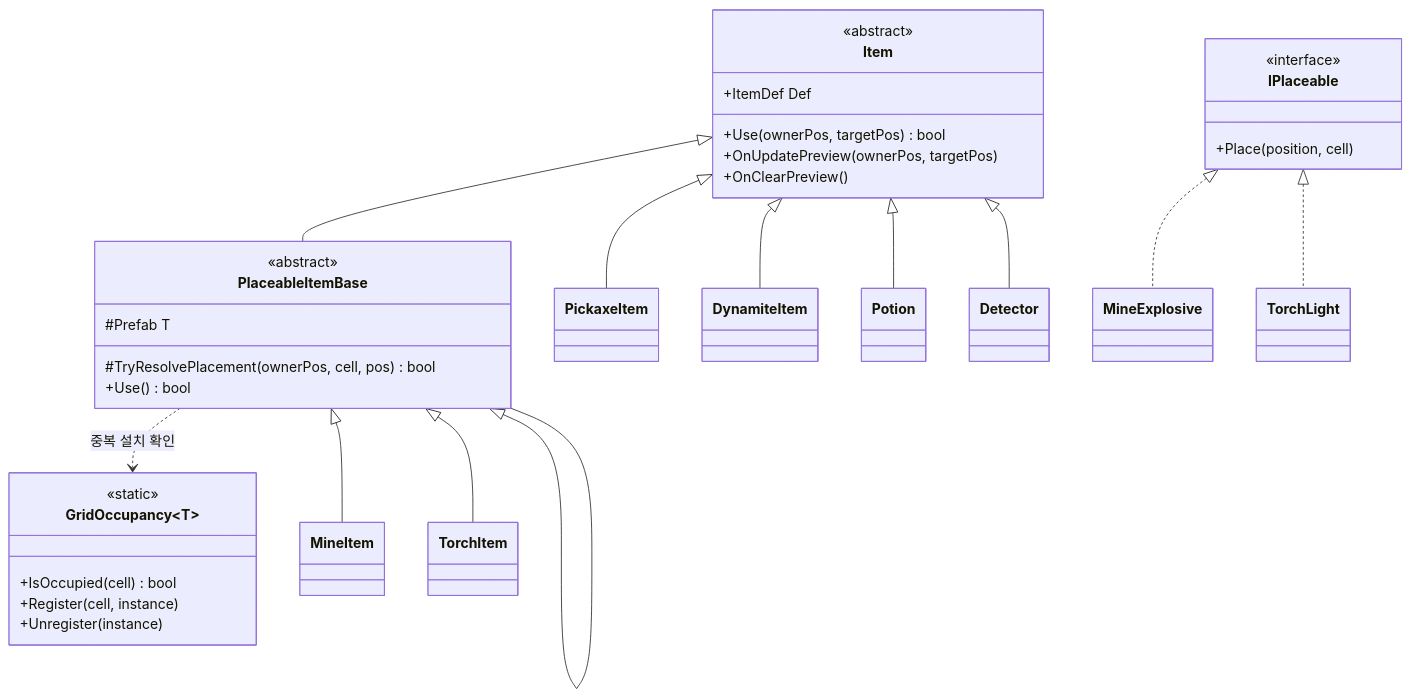
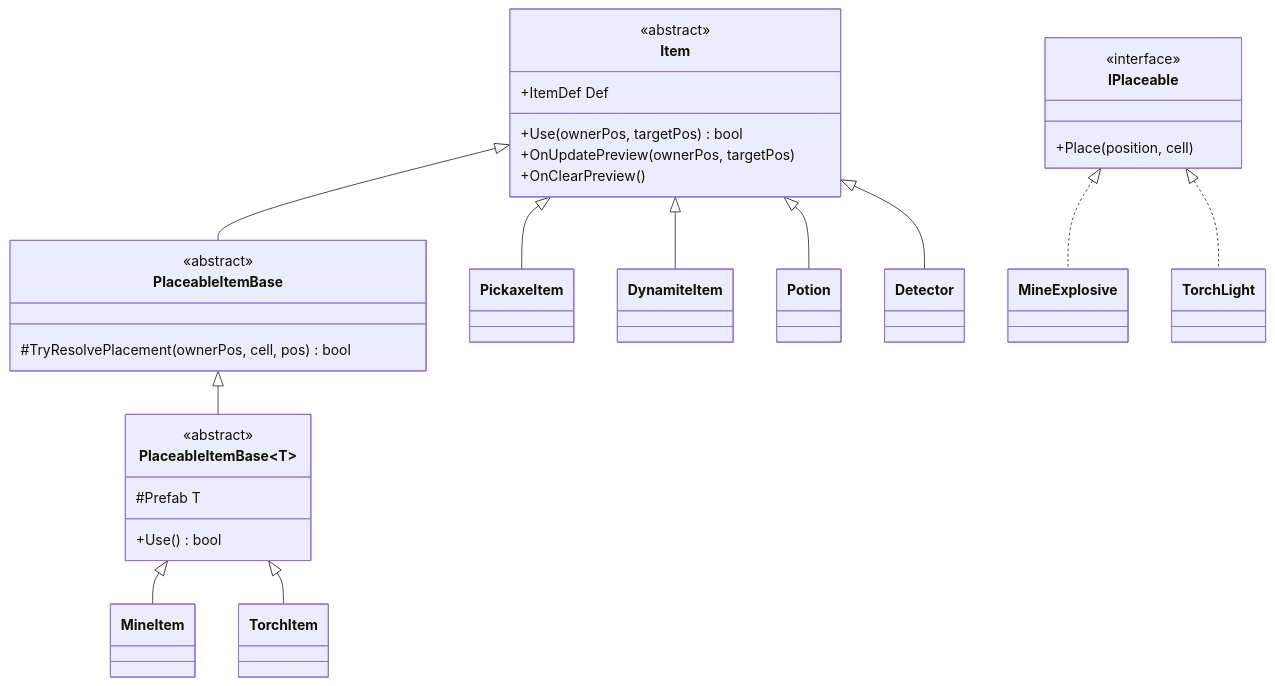
One commit to parksooha102-ai/portfolio changed the third of 4 diagrams in src/2-FolkSack/기술문서_초안_아이템시스템.md. Above: the diagram before and after it, drawn with Mermaid. The commit also changed other lines of this file and 1 other file, not shown here.

````diff
--- a/src/2-FolkSack/기술문서_초안_아이템시스템.md
+++ b/src/2-FolkSack/기술문서_초안_아이템시스템.md
@@ -115,40 +115,33 @@
 ```mermaid
 classDiagram
     class Item {
         <<abstract>>
         +ItemDef Def
         +Use(ownerPos, targetPos) bool
         +OnUpdatePreview(ownerPos, targetPos)
         +OnClearPreview()
     }
     class PlaceableItemBase {
         <<abstract>>
         #TryResolvePlacement(ownerPos, cell, pos) bool
     }
-    class PlaceableItemBase~T~ {
+    class PlaceableItemBaseT["PlaceableItemBase&lt;T&gt;"] {
         <<abstract>>
         #Prefab T
         +Use() bool
     }
     class IPlaceable {
         <<interface>>
         +Place(position, cell)
     }
-    class GridOccupancy~T~ {
-        <<static>>
-        +IsOccupied(cell) bool
-        +Register(cell, instance)
-        +Unregister(instance)
-    }
     Item <|-- PickaxeItem
     Item <|-- DynamiteItem
     Item <|-- Potion
     Item <|-- Detector
     Item <|-- PlaceableItemBase
-    PlaceableItemBase <|-- PlaceableItemBase~T~
-    PlaceableItemBase~T~ <|-- MineItem
-    PlaceableItemBase~T~ <|-- TorchItem
+    PlaceableItemBase <|-- PlaceableItemBaseT
+    PlaceableItemBaseT <|-- MineItem
+    PlaceableItemBaseT <|-- TorchItem
     IPlaceable <|.. MineExplosive
     IPlaceable <|.. TorchLight
-    PlaceableItemBase~T~ ..> GridOccupancy~T~ : 중복 설치 확인
 ```
````
